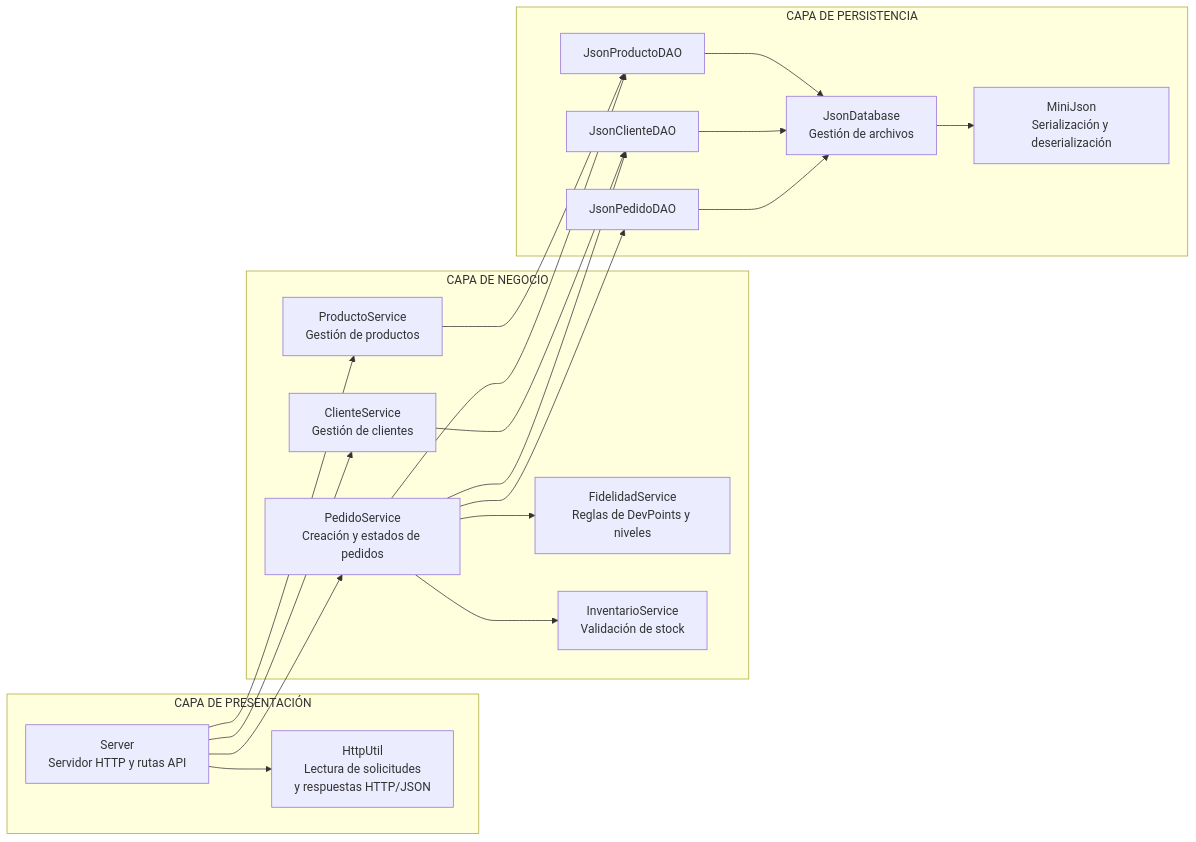
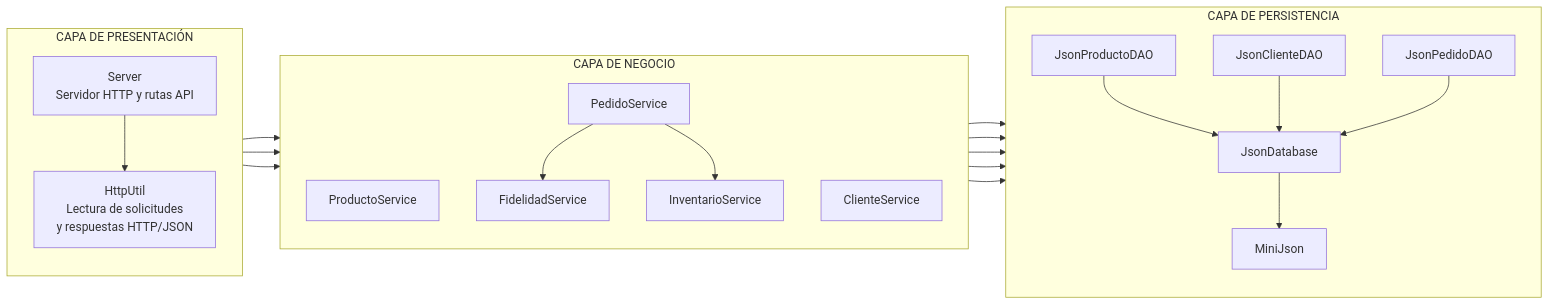
One commit to alejoms13/Taller-Modelo-N-Tier changed the diagram in docs/diagramas-c4/c3-componentes.mmd. Above: the diagram before and after it, drawn with Mermaid.

```diff
--- a/docs/diagramas-c4/c3-componentes.mmd
+++ b/docs/diagramas-c4/c3-componentes.mmd
@@ -1,40 +1,42 @@
 flowchart LR
-    subgraph Presentacion["CAPA DE PRESENTACIÓN"]
+    subgraph P["CAPA DE PRESENTACIÓN"]
+        direction TB
         Server["Server<br/>Servidor HTTP y rutas API"]
         HU["HttpUtil<br/>Lectura de solicitudes<br/>y respuestas HTTP/JSON"]
+        Server --> HU
     end
 
-    subgraph Negocio["CAPA DE NEGOCIO"]
-        PS["ProductoService<br/>Gestión de productos"]
-        CS["ClienteService<br/>Gestión de clientes"]
-        OS["PedidoService<br/>Creación y estados de pedidos"]
-        FS["FidelidadService<br/>Reglas de DevPoints y niveles"]
-        IS["InventarioService<br/>Validación de stock"]
+    subgraph N["CAPA DE NEGOCIO"]
+        direction TB
+        PS["ProductoService"]
+        CS["ClienteService"]
+        OS["PedidoService"]
+        FS["FidelidadService"]
+        IS["InventarioService"]
     end
 
-    subgraph Persistencia["CAPA DE PERSISTENCIA"]
+    subgraph D["CAPA DE PERSISTENCIA"]
+        direction TB
         PDA["JsonProductoDAO"]
         CDA["JsonClienteDAO"]
         ODA["JsonPedidoDAO"]
-        DB["JsonDatabase<br/>Gestión de archivos"]
-        MJ["MiniJson<br/>Serialización y deserialización"]
+        DB["JsonDatabase"]
+        MJ["MiniJson"]
+        PDA --> DB
+        CDA --> DB
+        ODA --> DB
+        DB --> MJ
     end
 
-    Server --> HU
     Server --> PS
     Server --> CS
     Server --> OS
 
     PS --> PDA
     CS --> CDA
 
     OS --> PDA
     OS --> CDA
     OS --> ODA
     OS --> FS
     OS --> IS
-
-    PDA --> DB
-    CDA --> DB
-    ODA --> DB
-    DB --> MJ
```
